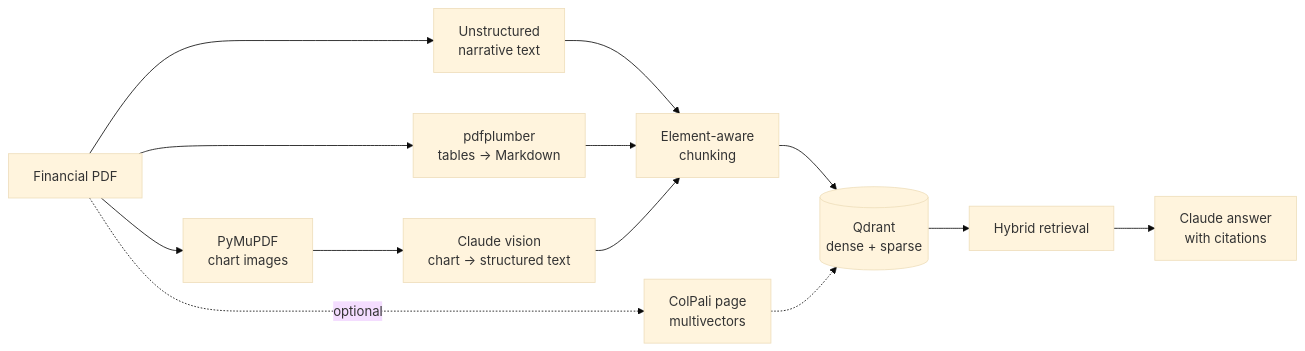
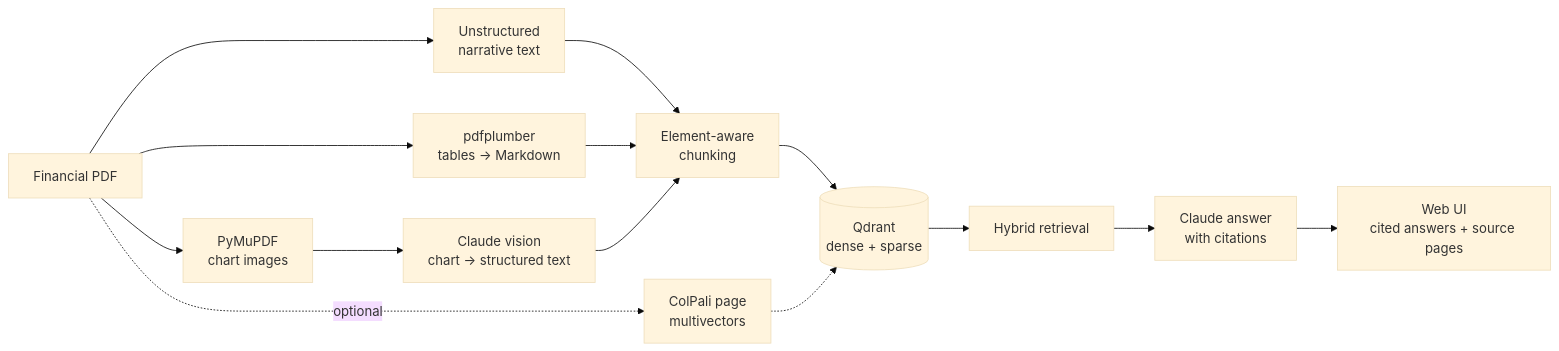
The diagram in README.md (paulappz/multimodal-financial-rag), drawn with Mermaid (base theme) before and after one commit. The commit also changed other lines of this file and 10 other files, not shown here.

````diff
--- a/README.md
+++ b/README.md
@@ -9,13 +9,14 @@
 ```mermaid
 graph LR
     PDF[Financial PDF] --> U[Unstructured<br/>narrative text]
     PDF --> PP[pdfplumber<br/>tables → Markdown]
     PDF --> MU[PyMuPDF<br/>chart images]
     MU --> V[Claude vision<br/>chart → structured text]
     U --> CH[Element-aware<br/>chunking]
     PP --> CH
     V --> CH
     CH --> Q[(Qdrant<br/>dense + sparse)]
     PDF -. optional .-> CP[ColPali page<br/>multivectors] -.-> Q
     Q --> R[Hybrid retrieval] --> A[Claude answer<br/>with citations]
+    A --> W[Web UI<br/>cited answers + source pages]
 ```
````
